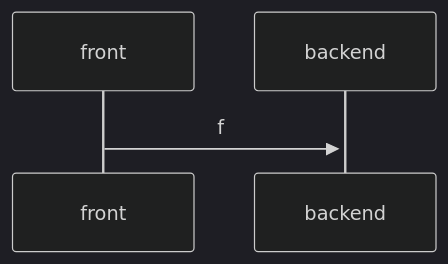
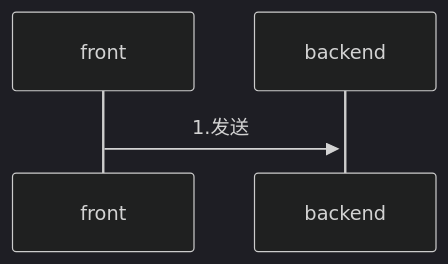
One commit to yingjianzh/iodraw-files changed the diagram in all/未命名-4.md. Above: the diagram before and after it, drawn with Mermaid (dark theme).

Commit message:
2024-08-05 11:12:14 update

````diff
--- a/all/未命名-4.md
+++ b/all/未命名-4.md
@@ -1,5 +1,5 @@
 ```mermaid
 sequenceDiagram
-    front->>+backend: f
+    front->>+backend: 1.发送
    
 ```
````
